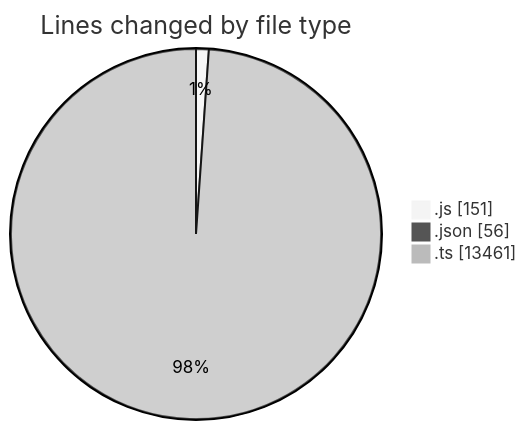
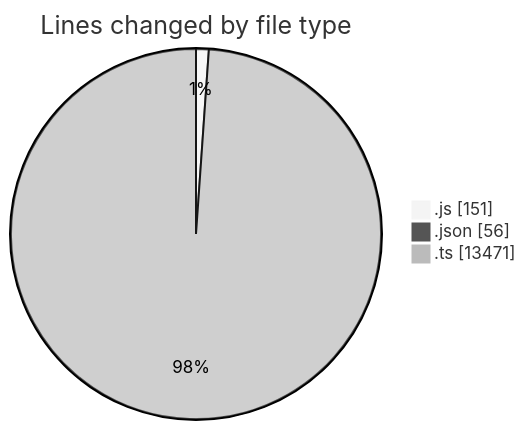
The first of 2 diagrams in 2025-09-04/cda/README.md (momahboobian/code-tracking), drawn with Mermaid (neutral theme) before and after one commit. The commit also changed other lines of this file and 1 other file, not shown here.

````diff
--- a/2025-09-04/cda/README.md
+++ b/2025-09-04/cda/README.md
@@ -31,7 +31,7 @@
 ```mermaid
 pie showData
 title Lines changed by file type
 ".js" : 151
 ".json" : 56
-".ts" : 13461
+".ts" : 13471
 ```
````
